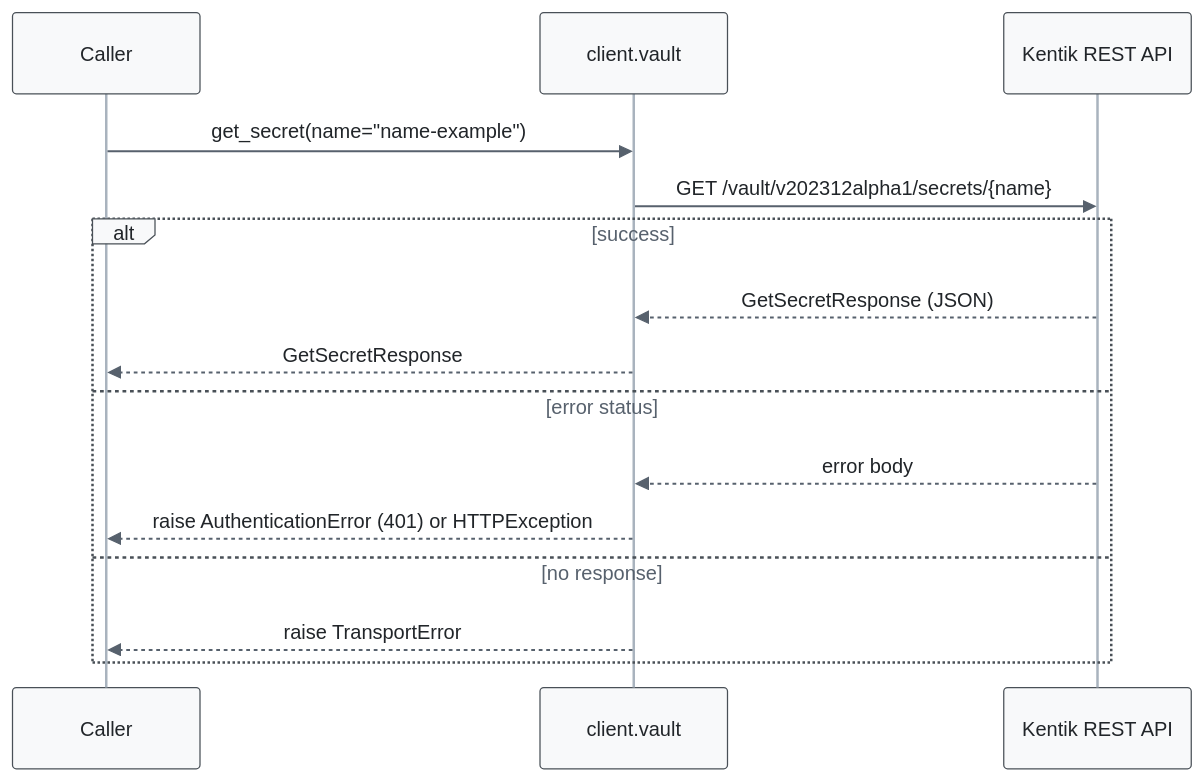
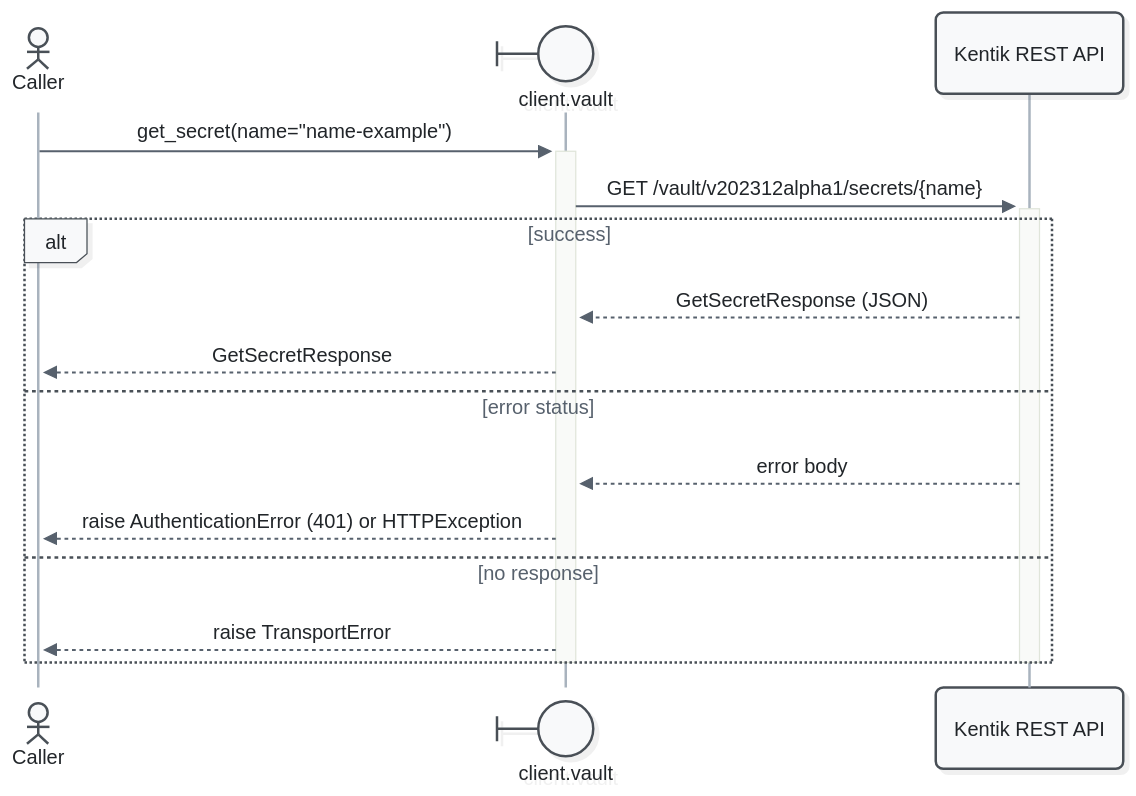
The third of 5 diagrams in docs/sphinx/services/vault.md (alexdearaujo/community_sdk_python), drawn with Mermaid before and after one commit. The commit also changed other lines of this file and 52 other files, not shown here.

First line of the commit message:
docs: Mermaid 12 sequence diagrams with participant types and path colors

````diff
--- a/docs/sphinx/services/vault.md
+++ b/docs/sphinx/services/vault.md
@@ -111,19 +116,21 @@
 ```mermaid
-%%{init: {"theme": "base", "fontFamily": "ui-monospace, SFMono-Regular, Menlo, monospace", "themeVariables": {"fontFamily": "ui-monospace, SFMono-Regular, Menlo, monospace", "primaryColor": "#f8f9fa", "primaryBorderColor": "#495057", "primaryTextColor": "#212529", "textColor": "#212529", "lineColor": "#77818c", "edgeLabelBackground": "#ffffff", "actorBkg": "#f8f9fa", "actorBorder": "#495057", "actorTextColor": "#212529", "actorLineColor": "#a9b3be", "signalColor": "#57616d", "signalTextColor": "#212529", "labelBoxBkgColor": "#f8f9fa", "labelBoxBorderColor": "#495057", "labelTextColor": "#212529", "loopTextColor": "#57616d", "noteBkgColor": "#fff9db", "noteBorderColor": "#f08c00", "noteTextColor": "#a35a00"}, "flowchart": {"curve": "step", "nodeSpacing": 30, "rankSpacing": 70, "wrappingWidth": 400}}}%%
+%%{init: {"theme": "redux", "look": "neo", "layout": "dagre", "fontFamily": "ui-monospace, SFMono-Regular, Menlo, monospace", "themeVariables": {"fontFamily": "ui-monospace, SFMono-Regular, Menlo, monospace", "primaryColor": "#f8f9fa", "primaryBorderColor": "#495057", "primaryTextColor": "#212529", "textColor": "#212529", "lineColor": "#77818c", "edgeLabelBackground": "#ffffff", "actorBkg": "#f8f9fa", "actorBorder": "#495057", "actorTextColor": "#212529", "actorLineColor": "#a9b3be", "signalColor": "#57616d", "signalTextColor": "#212529", "labelBoxBkgColor": "#f8f9fa", "labelBoxBorderColor": "#495057", "labelTextColor": "#212529", "loopTextColor": "#57616d", "noteBkgColor": "#fff9db", "noteBorderColor": "#f08c00", "noteTextColor": "#a35a00"}, "sequence": {"activationWidth": 16}, "flowchart": {"curve": "step", "nodeSpacing": 30, "rankSpacing": 70, "wrappingWidth": 400}}}%%
 sequenceDiagram
-    participant C as Caller
-    participant W as client.vault
+    actor C as Caller
+    participant W@{ "type": "boundary" } as client.vault
     participant API as Kentik REST API
 
-    C->>W: get_secret(name="name-example")
-    W->>API: GET /vault/v202312alpha1/secrets/{name}
+    C->>+W: get_secret(name="name-example")
+    W->>+API: GET /vault/v202312alpha1/secrets/{name}
     alt success
         API-->>W: GetSecretResponse (JSON)
         W-->>C: GetSecretResponse
     else error status
         API-->>W: error body
         W-->>C: raise AuthenticationError (401) or HTTPException
     else no response
         W-->>C: raise TransportError
     end
+    deactivate API
+    deactivate W
 ```
````
